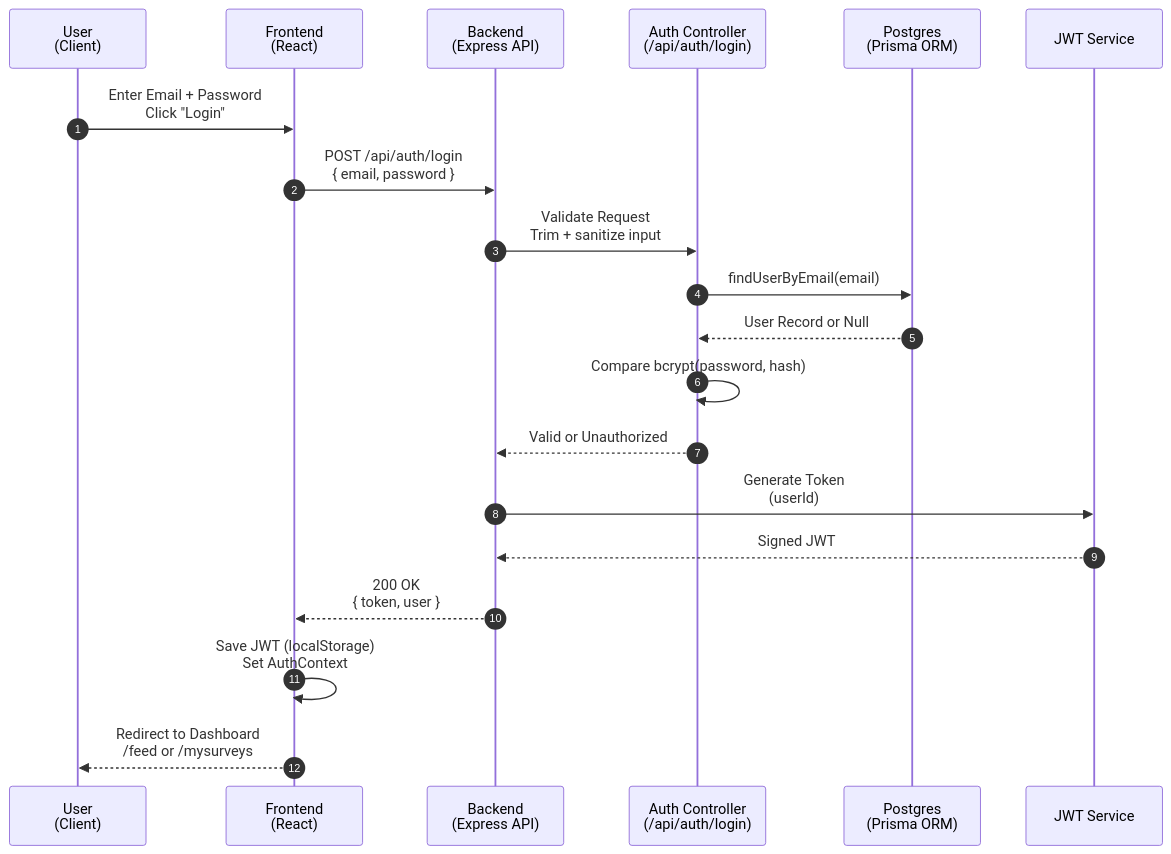
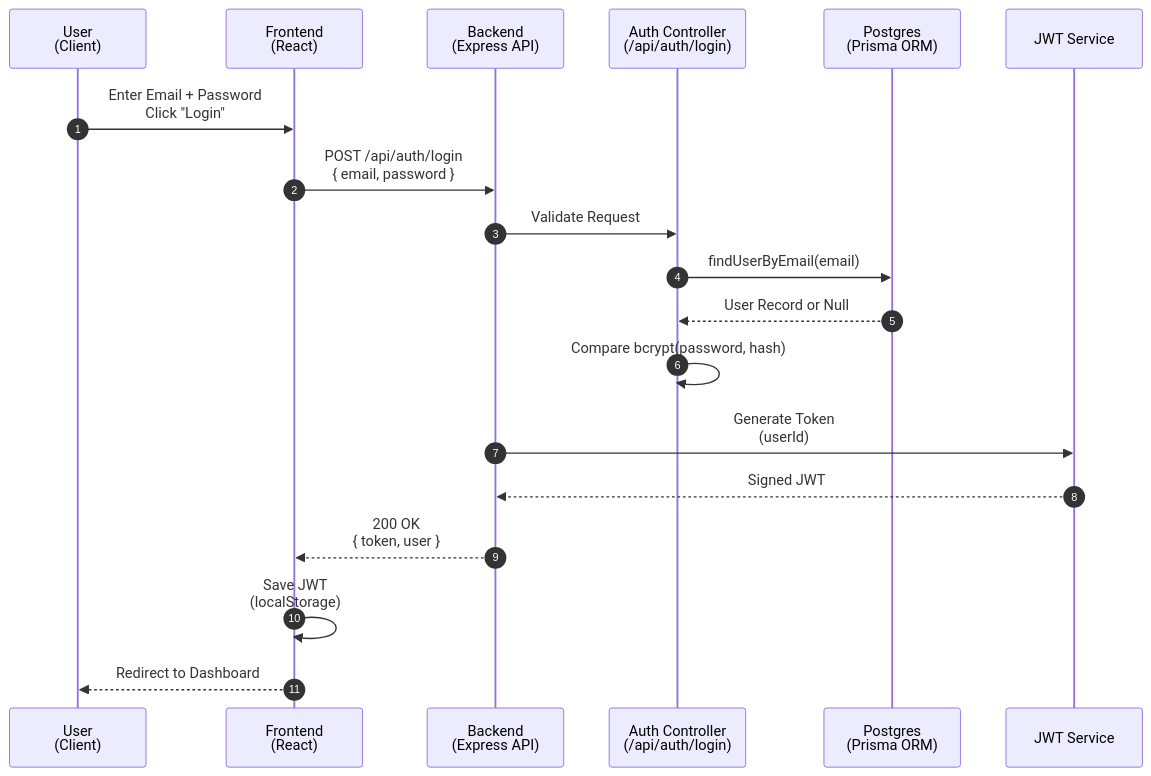
The fifth of 9 diagrams in README.md (MrCh0p808/StatWoX), drawn with Mermaid before and after one commit. The commit also changed other lines of this file, not shown here.

````diff
--- a/README.md
+++ b/README.md
@@ -390,42 +409,21 @@
 ```mermaid
 sequenceDiagram
     autonumber
-
     participant U as User<br>(Client)
     participant UI as Frontend<br>(React)
     participant API as Backend<br>(Express API)
     participant Auth as Auth Controller<br>(/api/auth/login)
     participant DB as Postgres<br>(Prisma ORM)
     participant JWT as JWT Service
-
-    %% USER ACTION
     U->>UI: Enter Email + Password<br>Click "Login"
-
-    %% FRONTEND REQUEST
     UI->>API: POST /api/auth/login<br>{ email, password }
-
-    %% BACKEND HANDOFF
-    API->>Auth: Validate Request<br>Trim + sanitize input
-
-    %% DB LOOKUP
+    API->>Auth: Validate Request
     Auth->>DB: findUserByEmail(email)
     DB-->>Auth: User Record or Null
-
-    %% PASSWORD VERIFY
     Auth->>Auth: Compare bcrypt(password, hash)
-    Auth-->>API: Valid or Unauthorized
-
-    %% JWT GENERATION
     API->>JWT: Generate Token<br>(userId)
     JWT-->>API: Signed JWT
-
-    %% RESPONSE
     API-->>UI: 200 OK<br>{ token, user }
-
-    %% FRONTEND STORE
-    UI->>UI: Save JWT (localStorage)<br>Set AuthContext
-
-    %% USER NAVIGATION
-    UI-->>U: Redirect to Dashboard<br>/feed or /mysurveys
-
+    UI->>UI: Save JWT<br>(localStorage)
+    UI-->>U: Redirect to Dashboard
 ```
````
